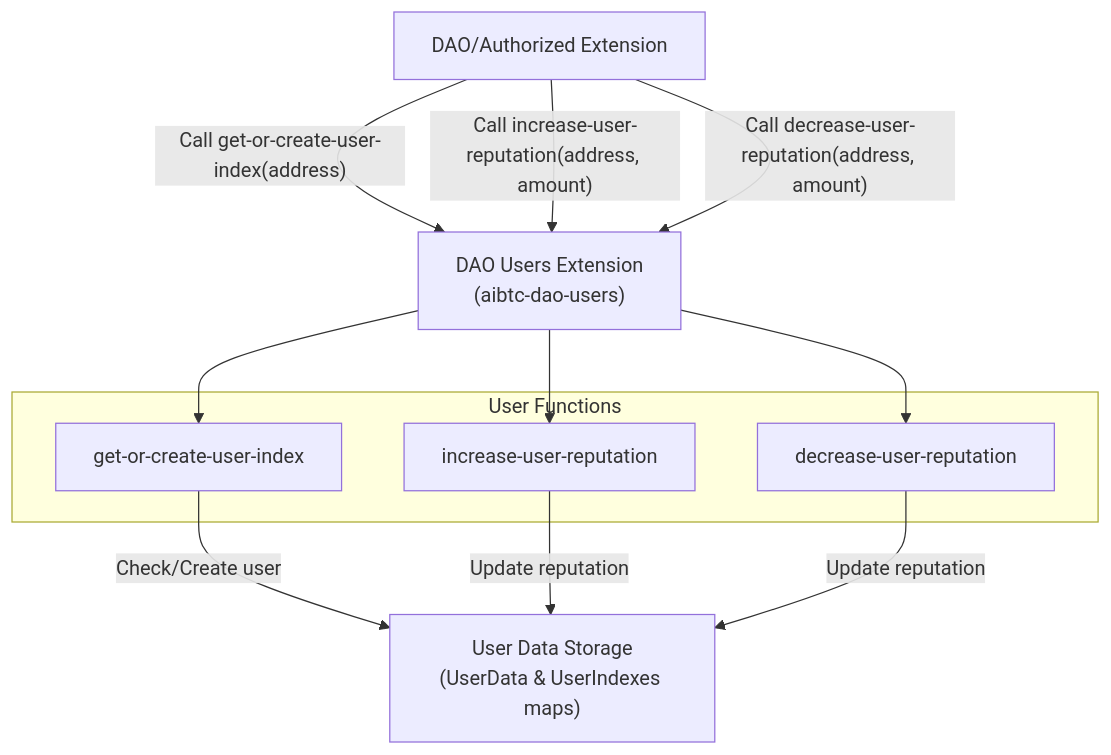
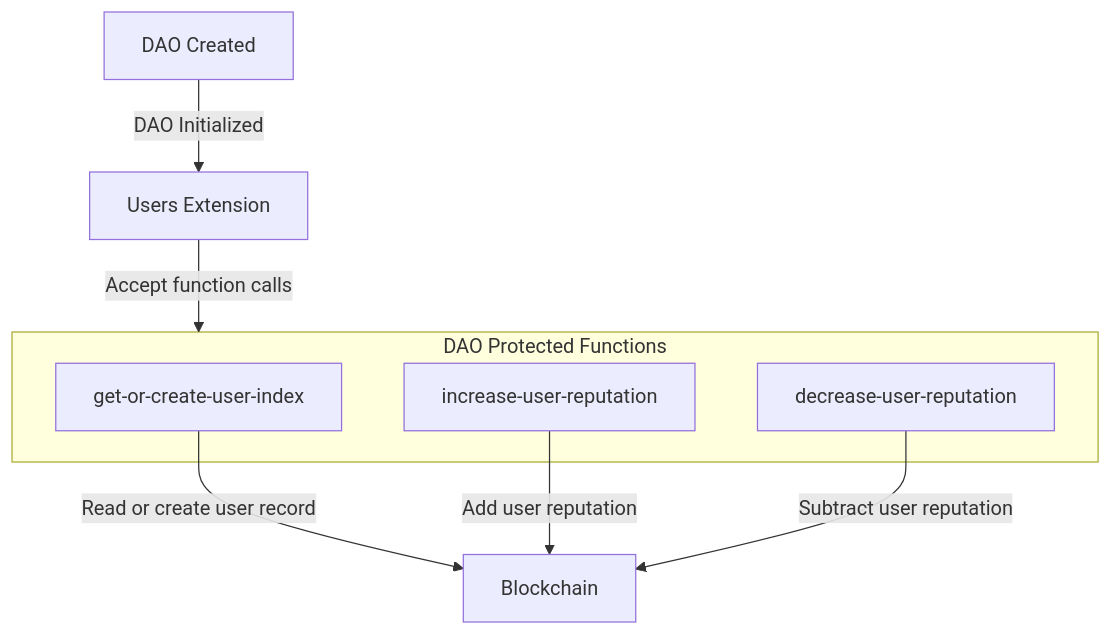
One commit to aibtcdev/aibtcdev-docs changed the diagram in aibtc-contracts/dao-extensions/dao-users.md. Above: the diagram before and after it, drawn with Mermaid. The commit also changed other lines of this file and 12 other files, not shown here.

````diff
--- a/aibtc-contracts/dao-extensions/dao-users.md
+++ b/aibtc-contracts/dao-extensions/dao-users.md
@@ -27,24 +26,18 @@
 ```mermaid
 flowchart TD
-    A["DAO/Authorized Extension"]
-    B["DAO Users Extension<br>(aibtc-dao-users)"]
-    C["User Data Storage<br>(UserData & UserIndexes maps)"]
-    
-    subgraph User Functions
+    A["DAO Created"]
+    B["Users Extension"]
+    C["Blockchain"]
+
+    subgraph UF["DAO Protected Functions"]
         BA["get-or-create-user-index"]
         BB["increase-user-reputation"]
         BC["decrease-user-reputation"]
     end
-    
-    A --"Call get-or-create-user-index(address)"--> B
-    B --> BA
-    BA --"Check/Create user"--> C
-    
-    A --"Call increase-user-reputation(address, amount)"--> B
-    B --> BB
-    BB --"Update reputation"--> C
-    
-    A --"Call decrease-user-reputation(address, amount)"--> B
-    B --> BC
-    BC --"Update reputation"--> C
+
+    A -->|"DAO Initialized"| B
+    B -->|"Accept function calls"| UF
+    BA -->|"Read or create user record"| C
+    BB -->|"Add user reputation"| C
+    BC -->|"Subtract user reputation"| C
 ```
````
